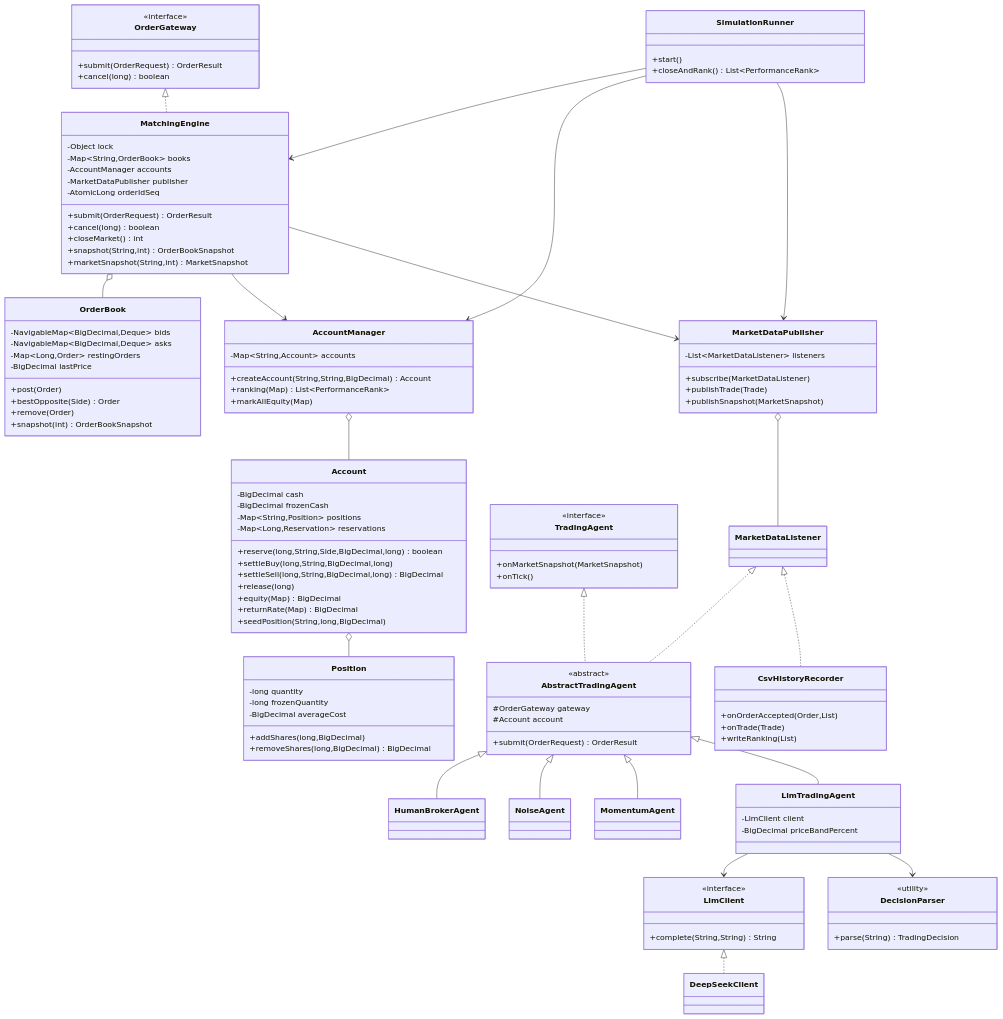
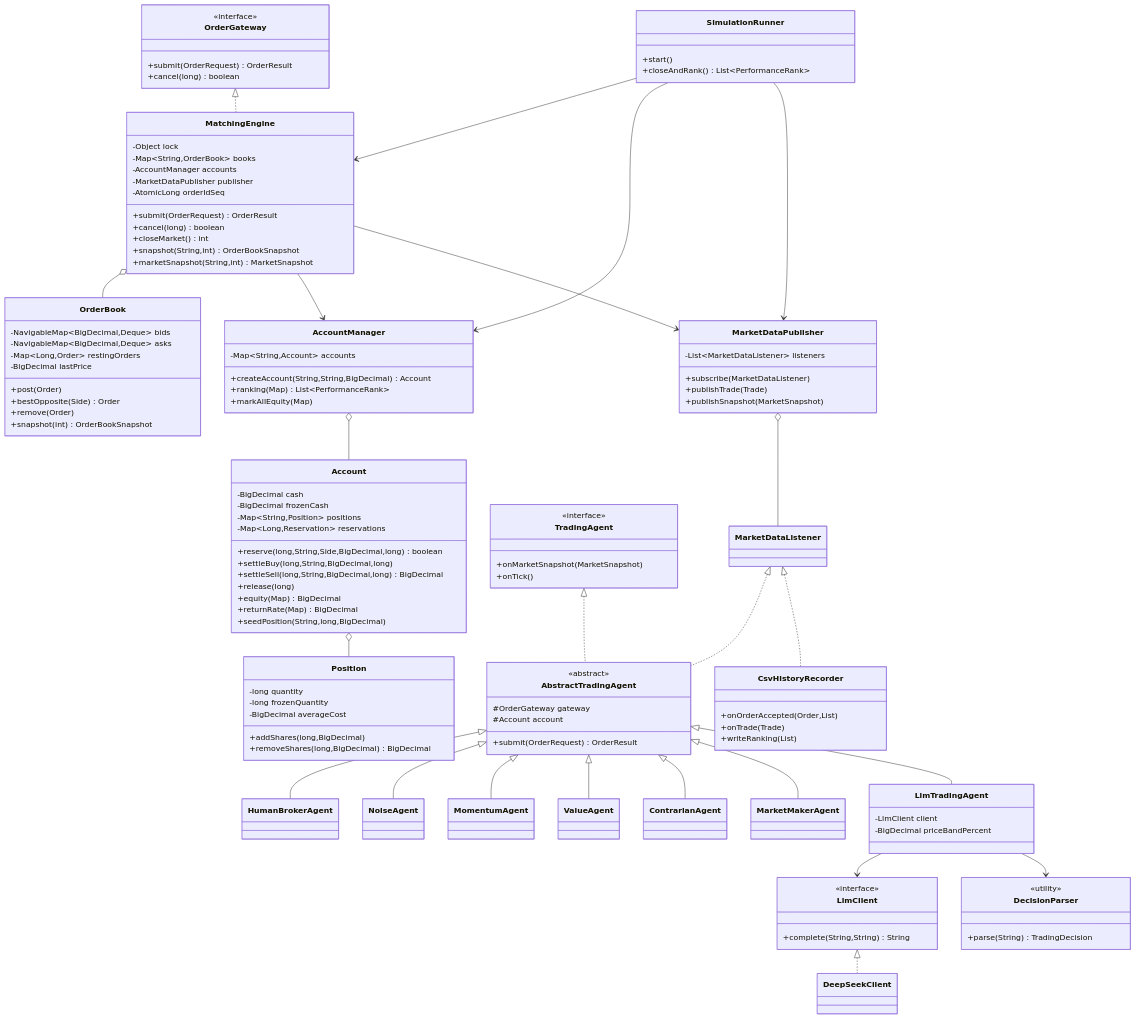
The first of 5 diagrams in docs/02-系统架构设计.md (Liyaqing-lyq/stock-trading-simulation), drawn with Mermaid before and after one commit. The commit also changed 14 other files, not shown here.

```diff
--- a/docs/02-系统架构设计.md
+++ b/docs/02-系统架构设计.md
@@ -92,6 +92,9 @@
     class HumanBrokerAgent
     class NoiseAgent
     class MomentumAgent
+    class ValueAgent
+    class ContrarianAgent
+    class MarketMakerAgent
     class LlmTradingAgent {
         -LlmClient client
         -BigDecimal priceBandPercent
@@ -127,6 +130,9 @@
     AbstractTradingAgent <|-- HumanBrokerAgent
     AbstractTradingAgent <|-- NoiseAgent
     AbstractTradingAgent <|-- MomentumAgent
+    AbstractTradingAgent <|-- ValueAgent
+    AbstractTradingAgent <|-- ContrarianAgent
+    AbstractTradingAgent <|-- MarketMakerAgent
     AbstractTradingAgent <|-- LlmTradingAgent
     LlmTradingAgent --> LlmClient
     LlmClient <|.. DeepSeekClient
```
